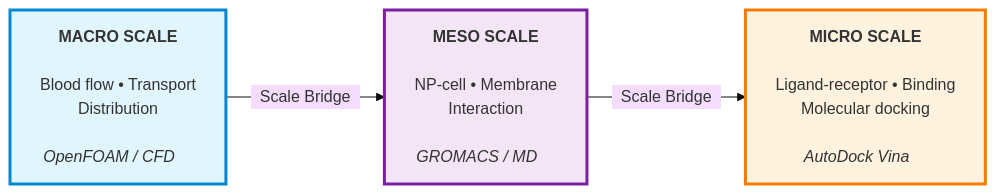
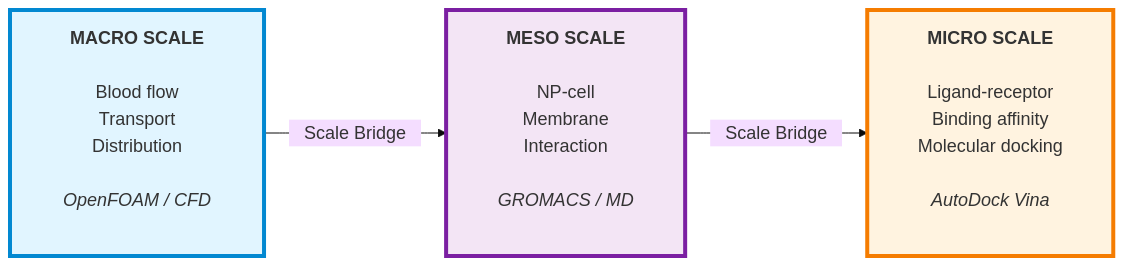
The diagram in README.md (xiaojunyang0805/NanoSim), drawn with Mermaid before and after one commit. The commit also changed other lines of this file, not shown here.

Commit message:
Increase diagram size and spacing to avoid control panel overlap
Changes:
- Increased font size to 18px (from 16px)
- Made boxes taller by putting each item on separate line
- Increased horizontal padding (6 spaces instead of 4)
- Increased stroke width to 4px for better visibility
- Added extra vertical space with <br/> after diagram
- Removed bullets to use vertical space more efficiently

The taller boxes should push the control panel down and prevent overlap.

🤖 Generated with [Claude Code](https://claude.com/claude-code)

````diff
--- a/README.md
+++ b/README.md
@@ -73,14 +71,14 @@
 ```mermaid
-%%{init: {'theme':'base', 'themeVariables': { 'fontSize':'16px'}}}%%
+%%{init: {'theme':'base', 'themeVariables': { 'fontSize':'18px'}}}%%
 flowchart LR
-    A["&nbsp;&nbsp;&nbsp;&nbsp;<b>MACRO SCALE</b>&nbsp;&nbsp;&nbsp;&nbsp;<br/><br/>Blood flow • Transport<br/>Distribution<br/><br/><i>OpenFOAM / CFD</i>&nbsp;&nbsp;&nbsp;&nbsp;"]
-    B["&nbsp;&nbsp;&nbsp;&nbsp;<b>MESO SCALE</b>&nbsp;&nbsp;&nbsp;&nbsp;<br/><br/>NP-cell • Membrane<br/>Interaction<br/><br/><i>GROMACS / MD</i>&nbsp;&nbsp;&nbsp;&nbsp;"]
-    C["&nbsp;&nbsp;&nbsp;&nbsp;<b>MICRO SCALE</b>&nbsp;&nbsp;&nbsp;&nbsp;<br/><br/>Ligand-receptor • Binding<br/>Molecular docking<br/><br/><i>AutoDock Vina</i>&nbsp;&nbsp;&nbsp;&nbsp;"]
+    A["&nbsp;&nbsp;&nbsp;&nbsp;&nbsp;&nbsp;<b>MACRO SCALE</b>&nbsp;&nbsp;&nbsp;&nbsp;&nbsp;&nbsp;<br/><br/>Blood flow<br/>Transport<br/>Distribution<br/><br/><i>OpenFOAM / CFD</i><br/>&nbsp;"]
+    B["&nbsp;&nbsp;&nbsp;&nbsp;&nbsp;&nbsp;<b>MESO SCALE</b>&nbsp;&nbsp;&nbsp;&nbsp;&nbsp;&nbsp;<br/><br/>NP-cell<br/>Membrane<br/>Interaction<br/><br/><i>GROMACS / MD</i><br/>&nbsp;"]
+    C["&nbsp;&nbsp;&nbsp;&nbsp;&nbsp;&nbsp;<b>MICRO SCALE</b>&nbsp;&nbsp;&nbsp;&nbsp;&nbsp;&nbsp;<br/><br/>Ligand-receptor<br/>Binding affinity<br/>Molecular docking<br/><br/><i>AutoDock Vina</i><br/>&nbsp;"]
 
-    A -->|"&nbsp;&nbsp;Scale Bridge&nbsp;&nbsp;"| B
-    B -->|"&nbsp;&nbsp;Scale Bridge&nbsp;&nbsp;"| C
+    A -->|"&nbsp;&nbsp;&nbsp;Scale Bridge&nbsp;&nbsp;&nbsp;"| B
+    B -->|"&nbsp;&nbsp;&nbsp;Scale Bridge&nbsp;&nbsp;&nbsp;"| C
 
-    style A fill:#e1f5ff,stroke:#0288d1,stroke-width:3px,padding:20px
-    style B fill:#f3e5f5,stroke:#7b1fa2,stroke-width:3px,padding:20px
-    style C fill:#fff3e0,stroke:#f57c00,stroke-width:3px,padding:20px
+    style A fill:#e1f5ff,stroke:#0288d1,stroke-width:4px
+    style B fill:#f3e5f5,stroke:#7b1fa2,stroke-width:4px
+    style C fill:#fff3e0,stroke:#f57c00,stroke-width:4px
 ```
````
